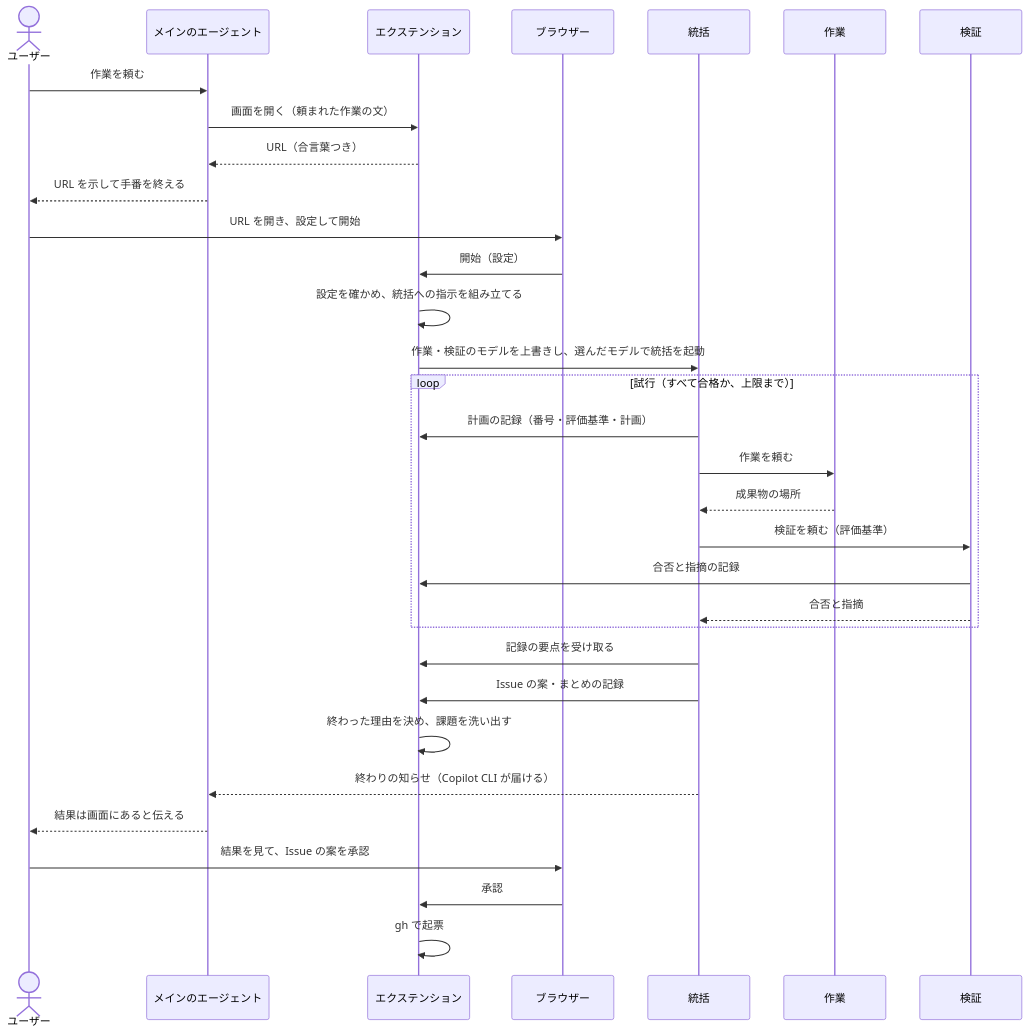
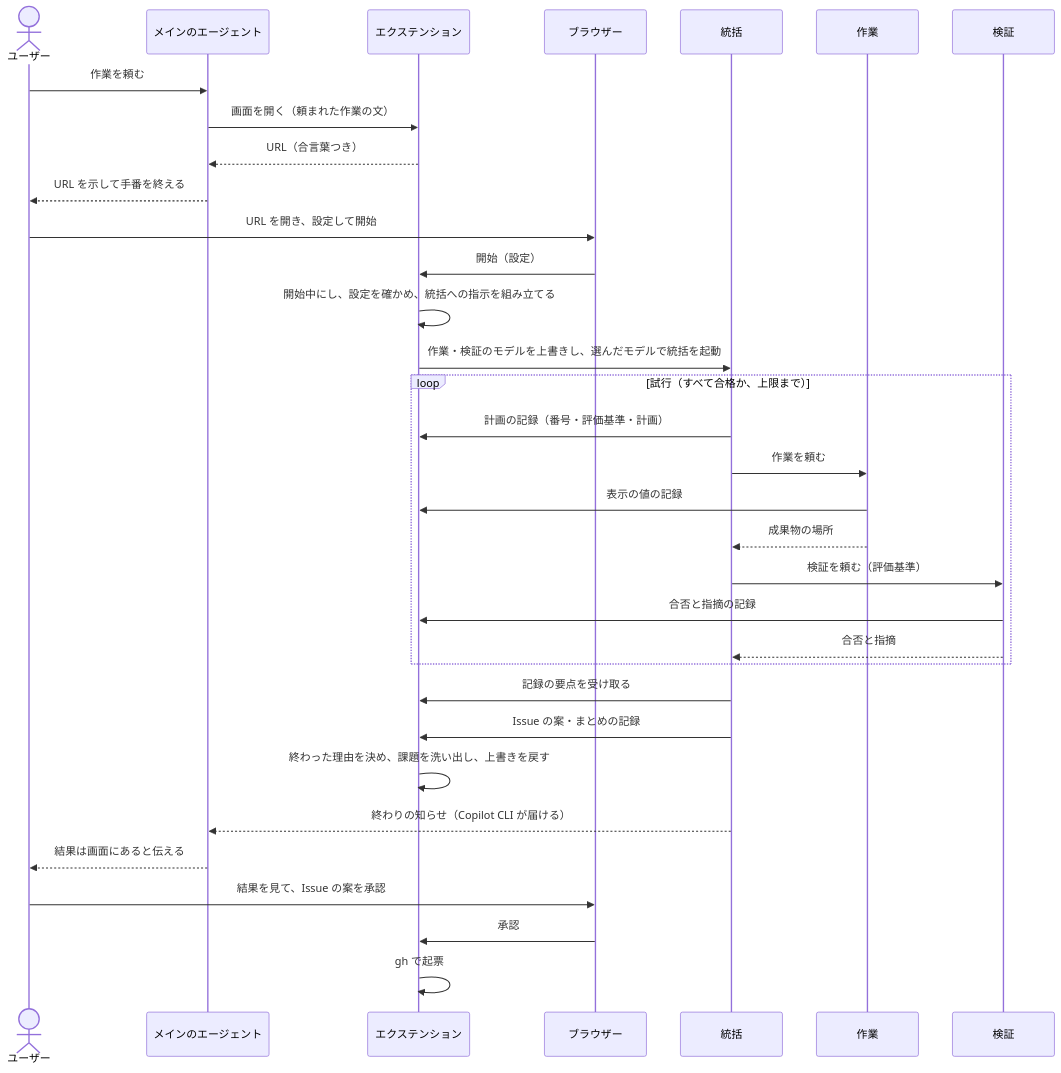
Before and after one commit to imaeda-hub/plugin-creater: the second of 4 diagrams in docs/design/generated-plugin-structure.md, drawn with Mermaid. The commit also changed other lines of this file and 2 other files, not shown here.

First line of the commit message:
設計書の止め方・読み込み直し・許可の確認・終わった理由を決め、3つの設計書の食い違いをそろえる

````diff
--- a/docs/design/generated-plugin-structure.md
+++ b/docs/design/generated-plugin-structure.md
@@ -272,35 +326,36 @@
 ```mermaid
 sequenceDiagram
   actor U as ユーザー
   participant M as メインのエージェント
   participant E as エクステンション
   participant B as ブラウザー
   participant O as 統括
   participant W as 作業
   participant V as 検証
 
   U->>M: 作業を頼む
   M->>E: 画面を開く（頼まれた作業の文）
   E-->>M: URL（合言葉つき）
   M-->>U: URL を示して手番を終える
   U->>B: URL を開き、設定して開始
   B->>E: 開始（設定）
-  E->>E: 設定を確かめ、統括への指示を組み立てる
+  E->>E: 開始中にし、設定を確かめ、統括への指示を組み立てる
   E->>O: 作業・検証のモデルを上書きし、選んだモデルで統括を起動
   loop 試行（すべて合格か、上限まで）
     O->>E: 計画の記録（番号・評価基準・計画）
     O->>W: 作業を頼む
+    W->>E: 表示の値の記録
     W-->>O: 成果物の場所
     O->>V: 検証を頼む（評価基準）
     V->>E: 合否と指摘の記録
     V-->>O: 合否と指摘
   end
   O->>E: 記録の要点を受け取る
   O->>E: Issue の案・まとめの記録
-  E->>E: 終わった理由を決め、課題を洗い出す
+  E->>E: 終わった理由を決め、課題を洗い出し、上書きを戻す
   O-->>M: 終わりの知らせ（Copilot CLI が届ける）
   M-->>U: 結果は画面にあると伝える
   U->>B: 結果を見て、Issue の案を承認
   B->>E: 承認
   E->>E: gh で起票
 ```
````
